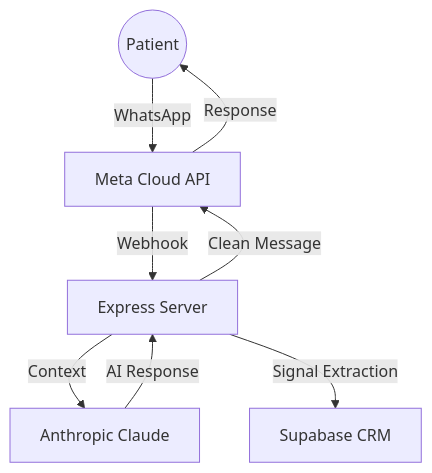
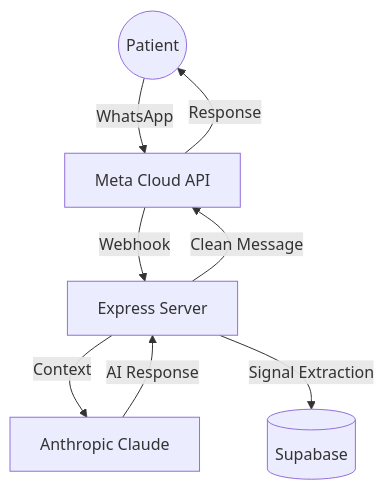
One commit to leosalazarn/valeria-dental-bot changed the diagram in README.md. Above: the diagram before and after it, drawn with Mermaid. The commit also changed other lines of this file and 4 other files, not shown here.

Commit message:
docs: clarify Supabase as data store, add DentalLink as planned CRM

````diff
--- a/README.md
+++ b/README.md
@@ -54,10 +56,10 @@
 ```mermaid
 graph TD
     User((Patient)) -- WhatsApp --> Meta[Meta Cloud API]
     Meta -- Webhook --> Express[Express Server]
     Express -- Context --> Claude[Anthropic Claude]
     Claude -- AI Response --> Express
-    Express -- Signal Extraction --> CRM[Supabase CRM]
+    Express -- Signal Extraction --> DB[(Supabase)]
     Express -- Clean Message --> Meta
     Meta -- Response --> User
 ```
````
